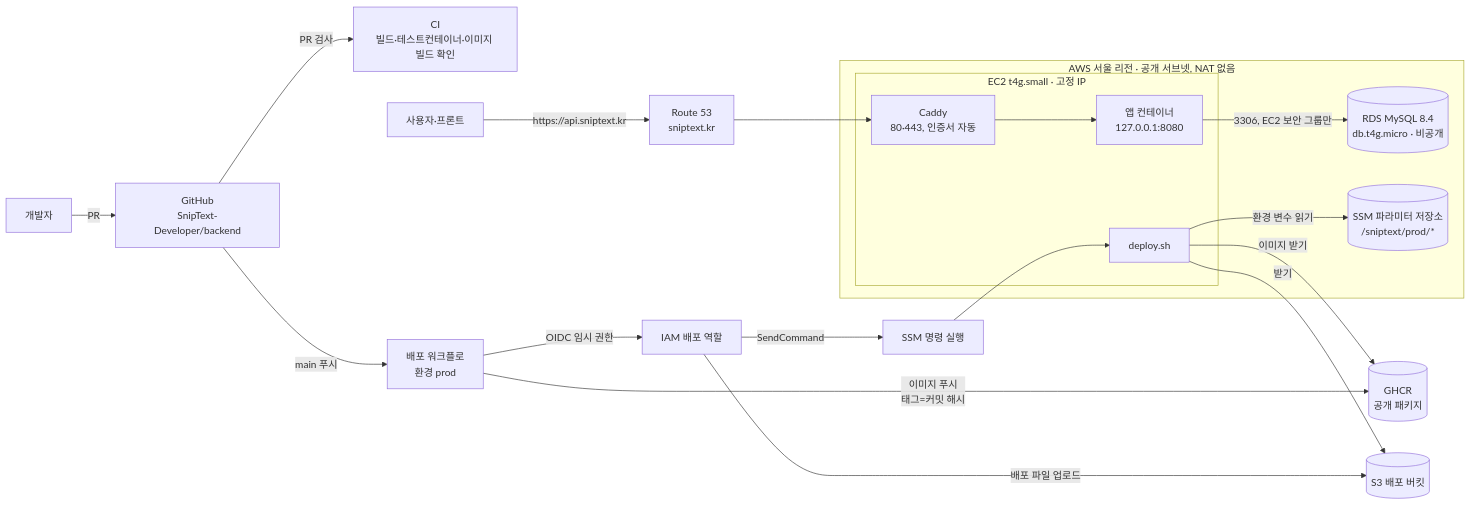
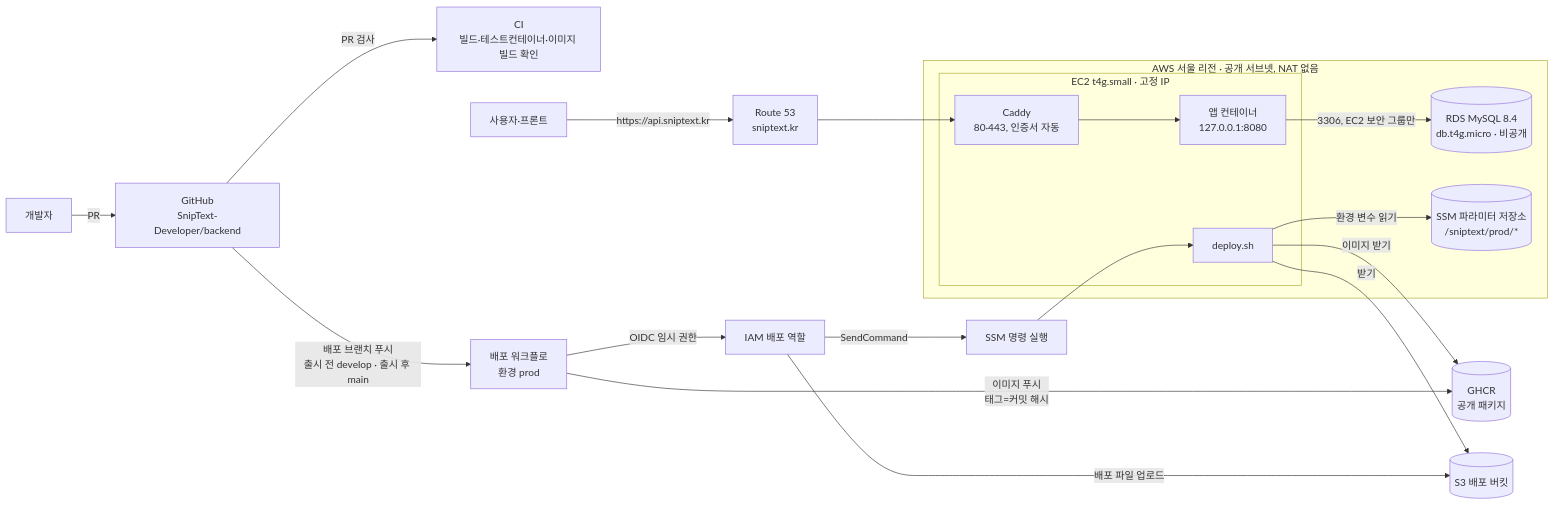
Before and after one commit to SnipText-Developer/backend: the first of 2 diagrams in docs/deploy-design.md, drawn with Mermaid. The commit also changed other lines of this file, not shown here.

Commit message:
docs: 설계 문서의 배포 브랜치를 출시 전 develop, 출시 후 main으로 수정 (#93)

````diff
--- a/docs/deploy-design.md
+++ b/docs/deploy-design.md
@@ -25,26 +25,26 @@
 ```mermaid
 flowchart LR
     dev[개발자] -->|PR| gh[GitHub<br/>SnipText-Developer/backend]
     gh -->|PR 검사| ci[CI<br/>빌드·테스트컨테이너·이미지 빌드 확인]
-    gh -->|main 푸시| cd[배포 워크플로<br/>환경 prod]
+    gh -->|배포 브랜치 푸시<br/>출시 전 develop · 출시 후 main| cd[배포 워크플로<br/>환경 prod]
     cd -->|이미지 푸시<br/>태그=커밋 해시| ghcr[(GHCR<br/>공개 패키지)]
     cd -->|OIDC 임시 권한| iam[IAM 배포 역할]
     iam -->|배포 파일 업로드| s3d[(S3 배포 버킷)]
     iam -->|SendCommand| ssm[SSM 명령 실행]
 
     subgraph aws[AWS 서울 리전 · 공개 서브넷, NAT 없음]
         subgraph ec2[EC2 t4g.small · 고정 IP]
             caddy[Caddy<br/>80·443, 인증서 자동] --> app[앱 컨테이너<br/>127.0.0.1:8080]
             deploy[deploy.sh]
         end
         rds[(RDS MySQL 8.4<br/>db.t4g.micro · 비공개)]
         param[(SSM 파라미터 저장소<br/>/sniptext/prod/*)]
     end
 
     ssm --> deploy
     deploy -->|받기| s3d
     deploy -->|이미지 받기| ghcr
     deploy -->|환경 변수 읽기| param
     app -->|3306, EC2 보안 그룹만| rds
     user[사용자·프론트] -->|https://api.sniptext.kr| r53[Route 53<br/>sniptext.kr] --> caddy
 ```
````
